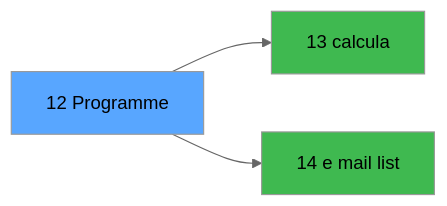
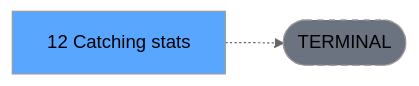
The third of 3 diagrams in .openspec/specs/ADH-IDE-12.md (thonyAGP/lecteur-magic), drawn with Mermaid (neutral theme) before and after one commit. The commit also changed other lines of this file and 701 other files, not shown here.

````diff
--- a/.openspec/specs/ADH-IDE-12.md
+++ b/.openspec/specs/ADH-IDE-12.md
@@ -137,11 +137,8 @@
 ```mermaid
 graph LR
-    T[12 Programme]
-    C13[13      calcula]
-    T --> C13
-    C14[14 e mail list]
-    T --> C14
+    T[12 Catching stats]
+    TERM([TERMINAL])
+    T -.-> TERM
+    style TERM fill:#6b7280,stroke-dasharray: 5 5
     style T fill:#58a6ff,color:#000
-    style C13 fill:#3fb950
-    style C14 fill:#3fb950
 ```
````
